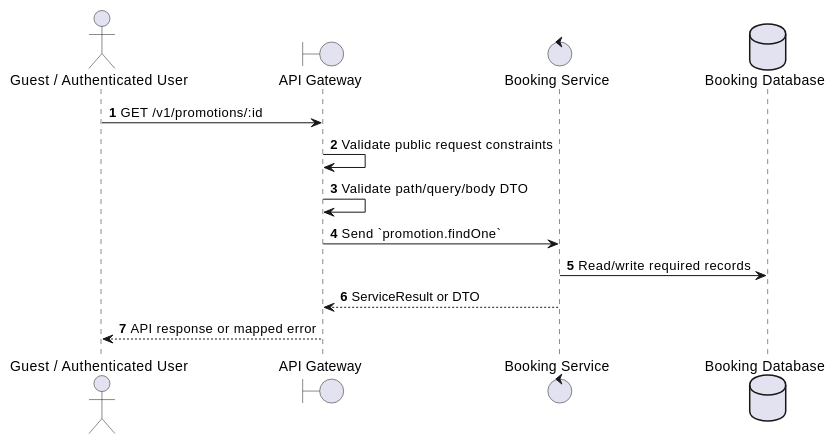
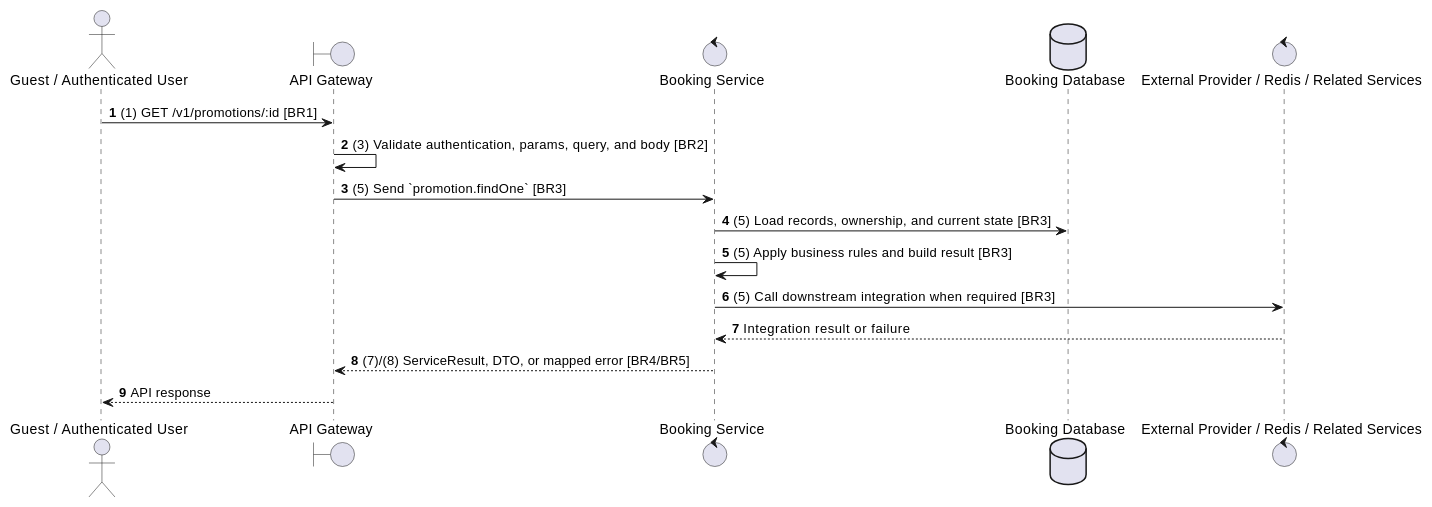
Before and after one commit to Tanh1603/movie-hub-architecture: the second of 2 diagrams in docs/functional_specs/3.10_Promotions_Discounts_Module/PM-02_Get_Promotion_Details.md, drawn with PlantUML. The commit also changed other lines of this file and 129 other files, not shown here.

````diff
--- a/docs/functional_specs/3.10_Promotions_Discounts_Module/PM-02_Get_Promotion_Details.md
+++ b/docs/functional_specs/3.10_Promotions_Discounts_Module/PM-02_Get_Promotion_Details.md
@@ -17,17 +64,20 @@
 ```plantuml
 @startuml
 autonumber
 actor "Guest / Authenticated User" as Actor
 boundary "API Gateway" as GW
 control "Booking Service" as SVC
 database "Booking Database" as DB
+control "External Provider / Redis / Related Services" as EXT
 
-Actor -> GW: GET /v1/promotions/:id
-GW -> GW: Validate public request constraints
-GW -> GW: Validate path/query/body DTO
-GW -> SVC: Send `promotion.findOne`
-SVC -> DB: Read/write required records
-SVC --> GW: ServiceResult or DTO
-GW --> Actor: API response or mapped error
+Actor -> GW: (1) GET /v1/promotions/:id [BR1]
+GW -> GW: (3) Validate authentication, params, query, and body [BR2]
+GW -> SVC: (5) Send `promotion.findOne` [BR3]
+SVC -> DB: (5) Load records, ownership, and current state [BR3]
+SVC -> SVC: (5) Apply business rules and build result [BR3]
+SVC -> EXT: (5) Call downstream integration when required [BR3]
+EXT --> SVC: Integration result or failure
+SVC --> GW: (7)/(8) ServiceResult, DTO, or mapped error [BR4/BR5]
+GW --> Actor: API response
 @enduml
 ```
````
